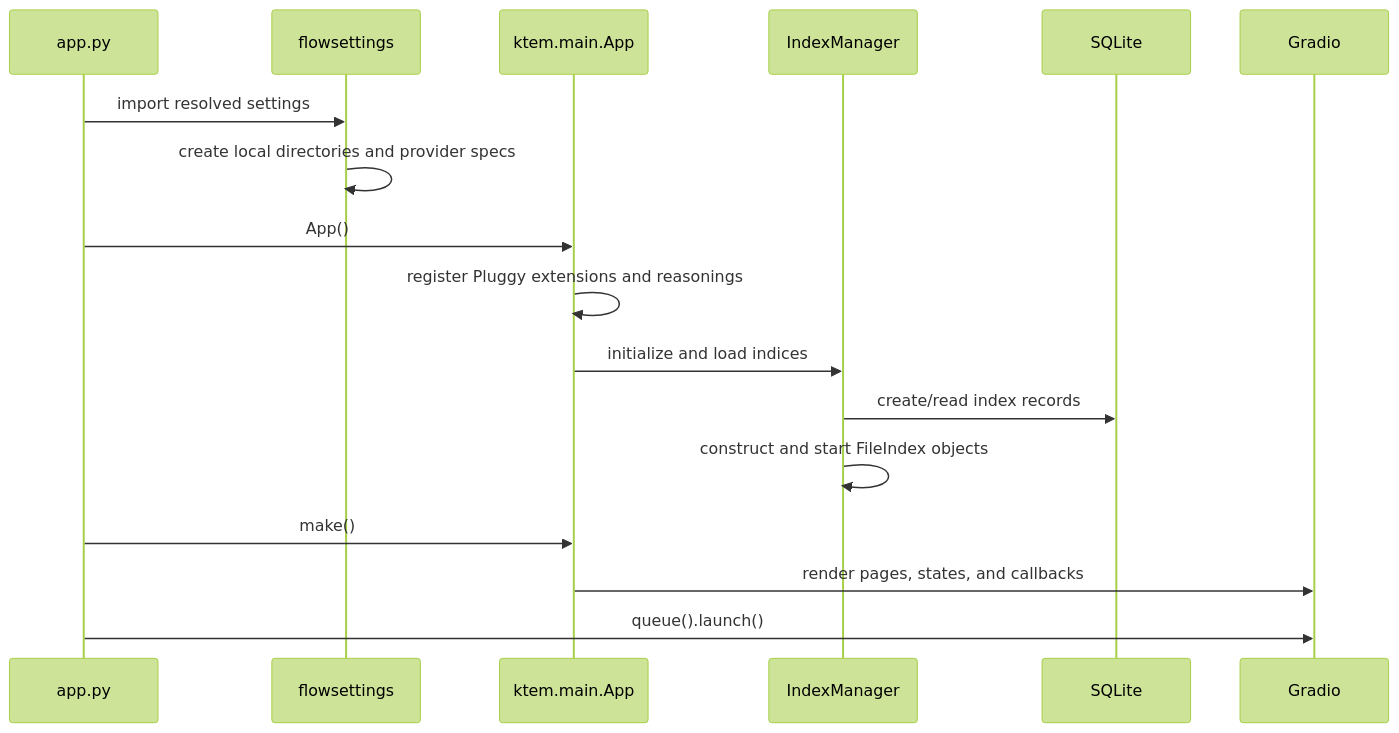
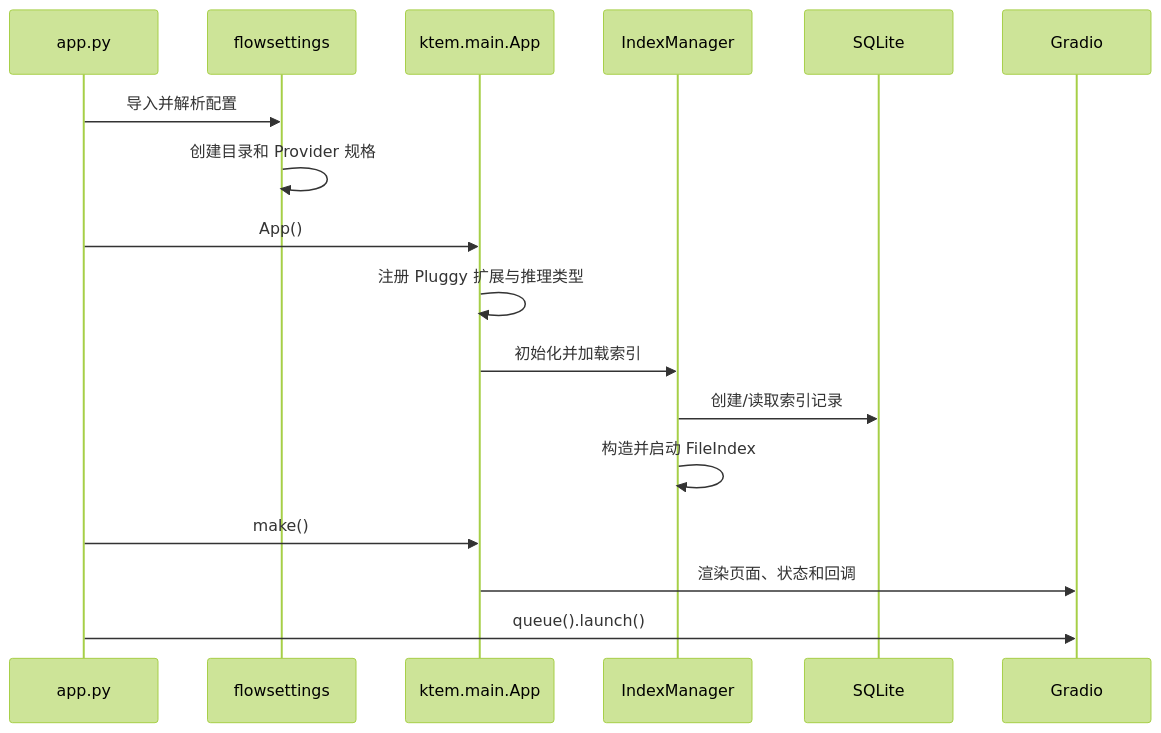
Before and after one commit to SwartzMss/knowledge-assistant: the first of 4 diagrams in docs/development/runtime-flows.md, drawn with Mermaid (forest theme). The commit also changed other lines of this file and 10 other files, not shown here.

````diff
--- a/docs/development/runtime-flows.md
+++ b/docs/development/runtime-flows.md
@@ -5,20 +5,19 @@
 ```mermaid
 sequenceDiagram
     participant Entry as app.py
     participant Settings as flowsettings
     participant App as ktem.main.App
     participant IndexMgr as IndexManager
     participant DB as SQLite
     participant UI as Gradio
-
-    Entry->>Settings: import resolved settings
-    Settings->>Settings: create local directories and provider specs
+    Entry->>Settings: 导入并解析配置
+    Settings->>Settings: 创建目录和 Provider 规格
     Entry->>App: App()
-    App->>App: register Pluggy extensions and reasonings
-    App->>IndexMgr: initialize and load indices
-    IndexMgr->>DB: create/read index records
-    IndexMgr->>IndexMgr: construct and start FileIndex objects
+    App->>App: 注册 Pluggy 扩展与推理类型
+    App->>IndexMgr: 初始化并加载索引
+    IndexMgr->>DB: 创建/读取索引记录
+    IndexMgr->>IndexMgr: 构造并启动 FileIndex
     Entry->>App: make()
-    App->>UI: render pages, states, and callbacks
+    App->>UI: 渲染页面、状态和回调
     Entry->>UI: queue().launch()
 ```
````
